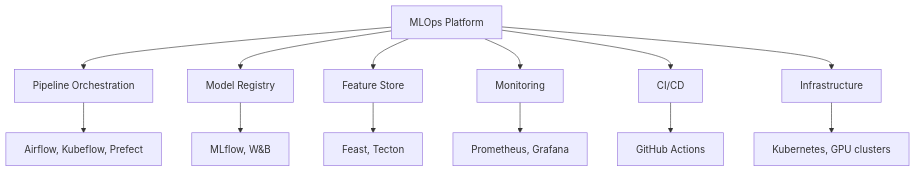
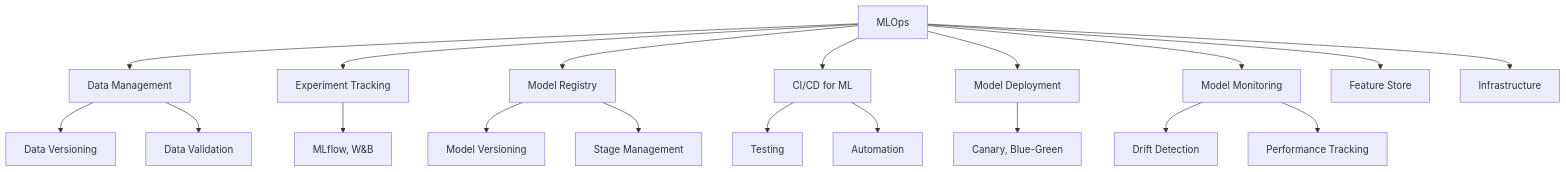
The third of 3 diagrams in src/ml/mlops/README.md (vanos001/placement_prep), drawn with Mermaid before and after one commit. The commit also changed other lines of this file and 20 other files, not shown here.

````diff
--- a/src/ml/mlops/README.md
+++ b/src/ml/mlops/README.md
@@ -65,17 +49,21 @@
 ```mermaid
 graph TD
-    MLOPS[MLOps Platform]
-    MLOPS --> PIPELINE[Pipeline Orchestration]
-    MLOPS --> REGISTRY[Model Registry]
-    MLOPS --> FEATURE[Feature Store]
-    MLOPS --> MONITOR[Monitoring]
-    MLOPS --> CICD[CI/CD]
-    MLOPS --> INFRA[Infrastructure]
-    
-    PIPELINE --> P1[Airflow, Kubeflow, Prefect]
-    REGISTRY --> R1[MLflow, W&B]
-    FEATURE --> F1[Feast, Tecton]
-    MONITOR --> M1[Prometheus, Grafana]
-    CICD --> C1[GitHub Actions]
-    INFRA --> I1[Kubernetes, GPU clusters]
+    A[MLOps] --> B[Data Management]
+    A --> C[Experiment Tracking]
+    A --> D[Model Registry]
+    A --> E[CI/CD for ML]
+    A --> F[Model Deployment]
+    A --> G[Model Monitoring]
+    A --> H[Feature Store]
+    A --> I[Infrastructure]
+    B --> B1[Data Versioning]
+    B --> B2[Data Validation]
+    C --> C1[MLflow, W&B]
+    D --> D1[Model Versioning]
+    D --> D2[Stage Management]
+    E --> E1[Testing]
+    E --> E2[Automation]
+    F --> F1[Canary, Blue-Green]
+    G --> G1[Drift Detection]
+    G --> G2[Performance Tracking]
 ```
````
